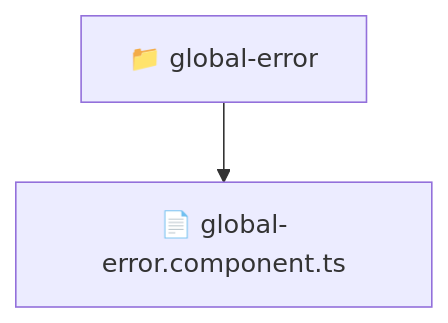
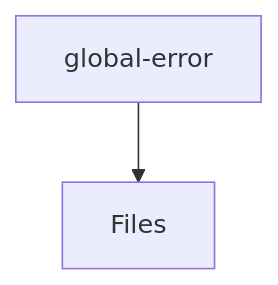
One commit to beginwebdev2002/fullstack-mavluda changed the diagram in frontend/src/shared/ui/global-error/README.md. Above: the diagram before and after it, drawn with Mermaid. The commit also changed other lines of this file and 163 other files, not shown here.

First line of the commit message:
feat: autogenerate localized directory readmes for architectural transparency

````diff
--- a/frontend/src/shared/ui/global-error/README.md
+++ b/frontend/src/shared/ui/global-error/README.md
@@ -11,5 +12,4 @@
 ```mermaid
 graph TD
-  Root["📁 global-error"]
-  Root --> global_error_component_ts["📄 global-error.component.ts"]
+    global_error[global-error] --> Files
 ```
````
